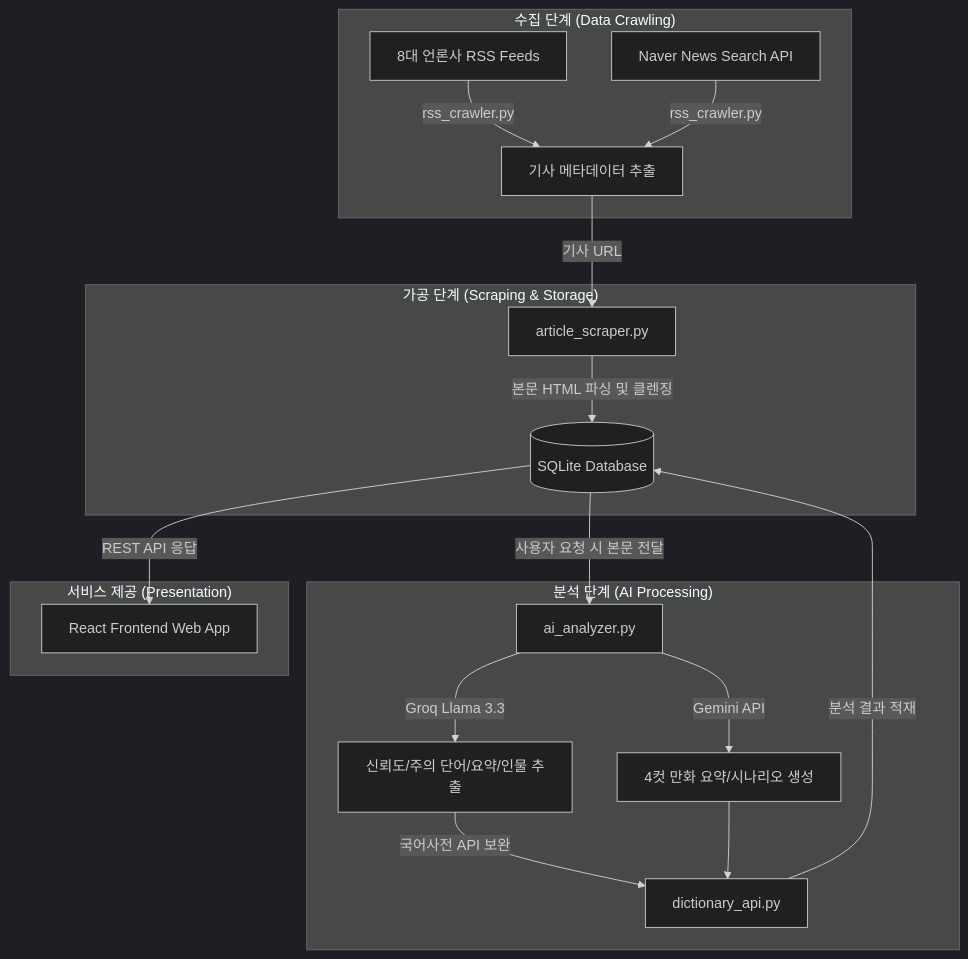
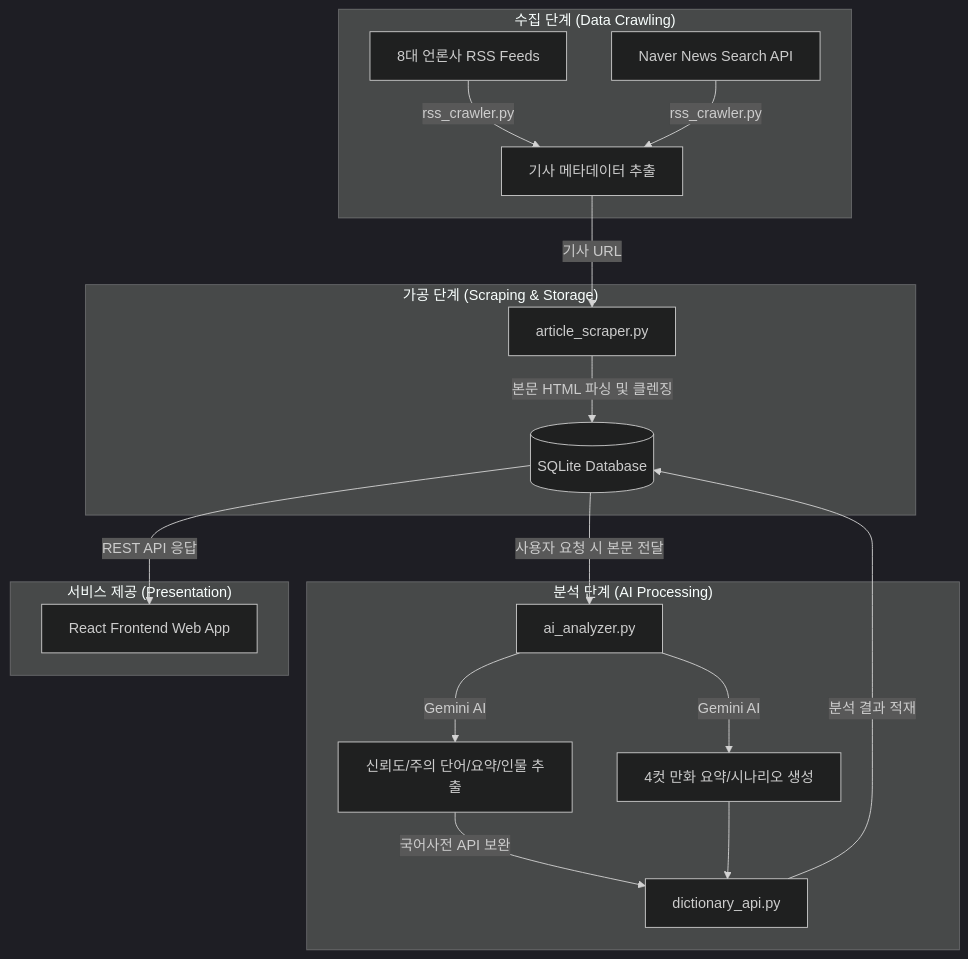
Before and after one commit to VPNext/Capstone-Design: the diagram in README.md, drawn with Mermaid (dark theme). The commit also changed other lines of this file, not shown here.

````diff
--- a/README.md
+++ b/README.md
@@ -23,25 +23,25 @@
 ```mermaid
 flowchart TD
     subgraph "수집 단계 (Data Crawling)"
         A1["8대 언론사 RSS Feeds"] -->|rss_crawler.py| B["기사 메타데이터 추출"]
         A2["Naver News Search API"] -->|rss_crawler.py| B
     end
 
     subgraph "가공 단계 (Scraping & Storage)"
         B -->|기사 URL| C["article_scraper.py"]
         C -->|본문 HTML 파싱 및 클렌징| D[("SQLite Database")]
     end
 
     subgraph "분석 단계 (AI Processing)"
         D -->|사용자 요청 시 본문 전달| E["ai_analyzer.py"]
-        E -->|Groq Llama 3.3| F["신뢰도/주의 단어/요약/인물 추출"]
-        E -->|Gemini API| G["4컷 만화 요약/시나리오 생성"]
+        E -->|Gemini AI| F["신뢰도/주의 단어/요약/인물 추출"]
+        E -->|Gemini AI| G["4컷 만화 요약/시나리오 생성"]
         F -->|국어사전 API 보완| H["dictionary_api.py"]
         G --> H
     end
 
     subgraph "서비스 제공 (Presentation)"
         H -->|분석 결과 적재| D
         D -->|REST API 응답| I["React Frontend Web App"]
     end
 ```
````
